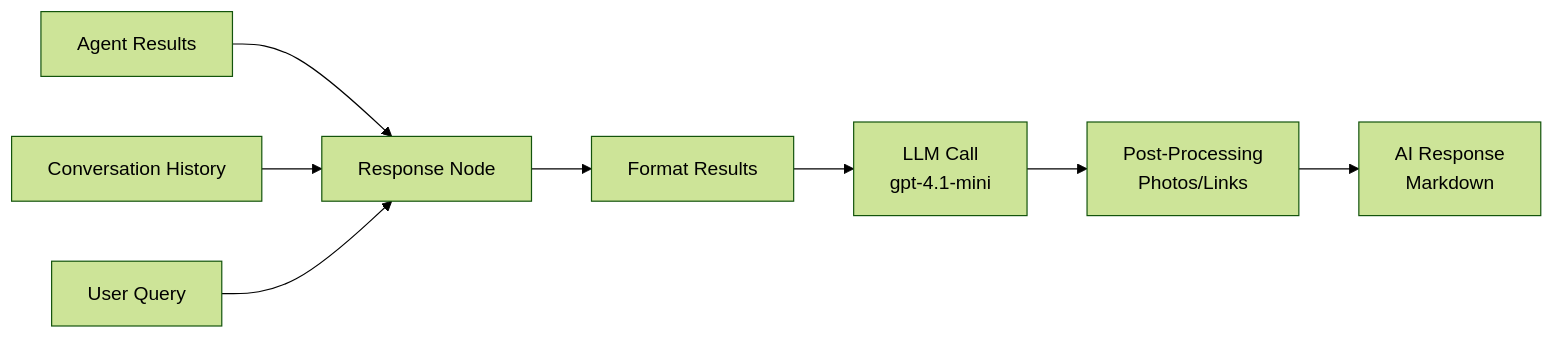
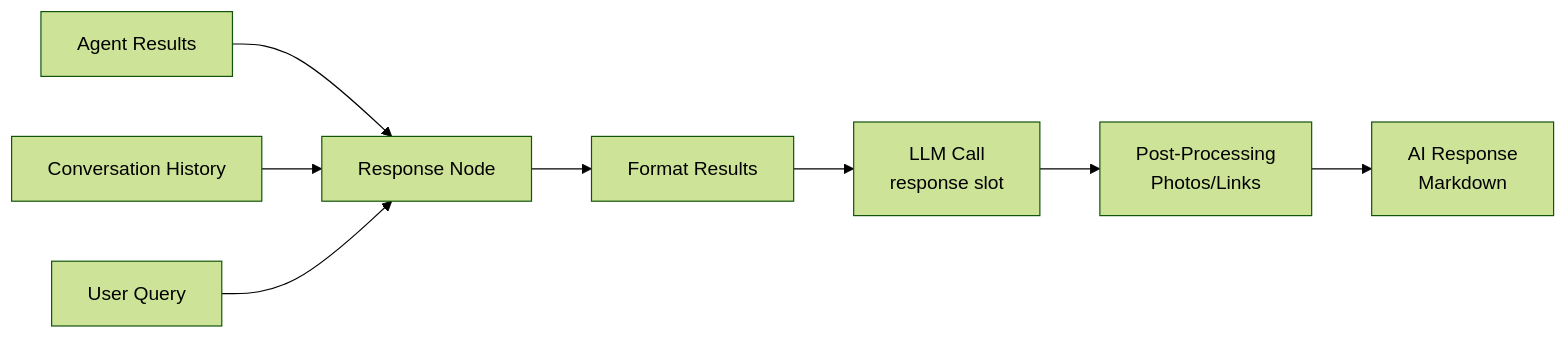
One commit to jgouviergmail/LIA-Assistant changed the first of 5 diagrams in docs/technical/RESPONSE.md. Above: the diagram before and after it, drawn with Mermaid (forest theme). The commit also changed other lines of this file and 123 other files, not shown here.

````diff
--- a/docs/technical/RESPONSE.md
+++ b/docs/technical/RESPONSE.md
@@ -36,10 +36,10 @@
 ```mermaid
 graph LR
     A[Agent Results] --> B[Response Node]
     C[Conversation History] --> B
     D[User Query] --> B
     B --> E[Format Results]
-    E --> F[LLM Call<br/>gpt-4.1-mini]
+    E --> F[LLM Call<br/>response slot]
     F --> G[Post-Processing<br/>Photos/Links]
     G --> H[AI Response<br/>Markdown]
 ```
````
